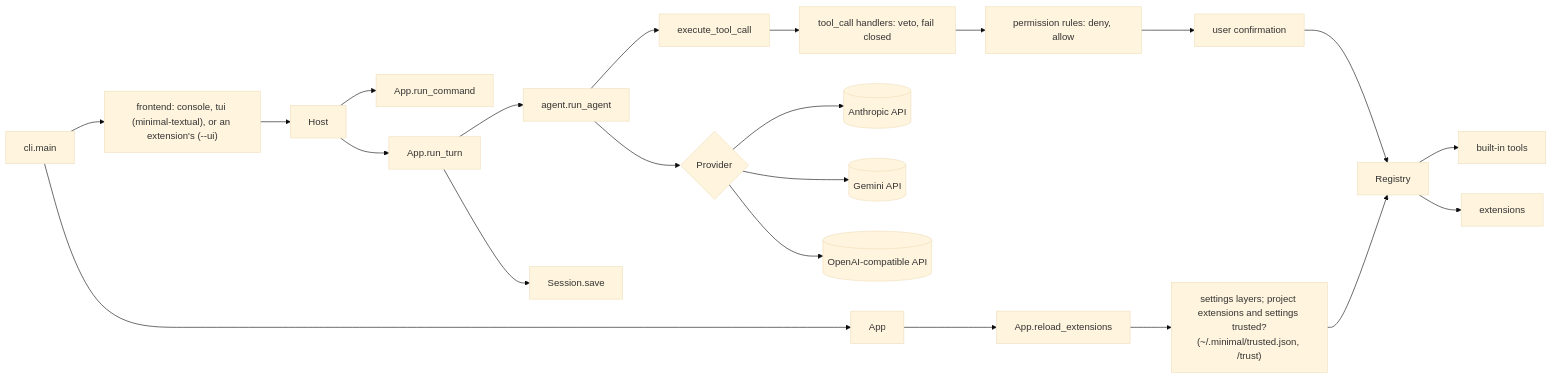
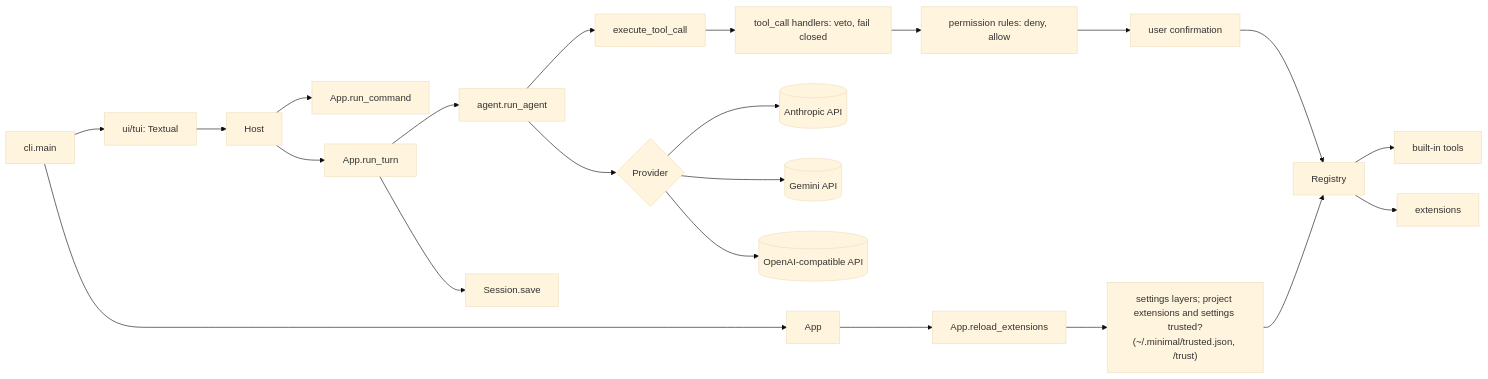
Before and after one commit to RafaSG13/Minimal: the diagram in README.md, drawn with Mermaid (base theme). The commit also changed other lines of this file and 42 other files, not shown here.

Commit message:
TExtual as default TUI (#68)

````diff
--- a/README.md
+++ b/README.md
@@ -269,17 +254,17 @@
 ```mermaid
 flowchart LR
   cli[cli.main] --> app[App]
-  cli --> frontend["frontend: console, tui (minimal-textual), or an extension's (--ui)"] --> host[Host]
+  cli --> tui["ui/tui: Textual"] --> host[Host]
   host --> commands[App.run_command]
   host --> turn[App.run_turn]
   turn --> agent[agent.run_agent]
   agent --> provider{Provider}
   provider --> anthropic[(Anthropic API)]
   provider --> gemini[(Gemini API)]
   provider --> openai[(OpenAI-compatible API)]
   agent --> exec[execute_tool_call] --> guard["tool_call handlers: veto, fail closed"] --> perms["permission rules: deny, allow"] --> confirm[user confirmation] --> registry[Registry]
   registry --> tools[built-in tools]
   registry --> ext[extensions]
   app --> reload[App.reload_extensions] --> trust["settings layers; project extensions and settings trusted?<br/>(~/.minimal/trusted.json, /trust)"] --> registry
   turn --> session[Session.save]
 ```
````
